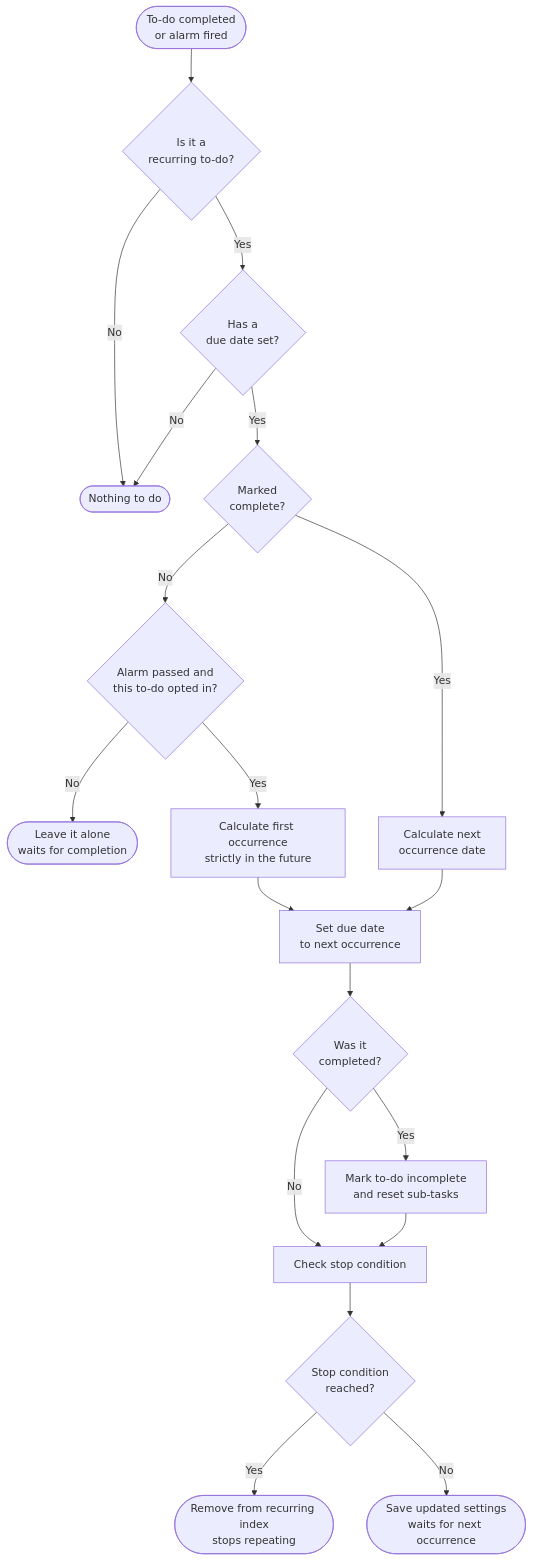
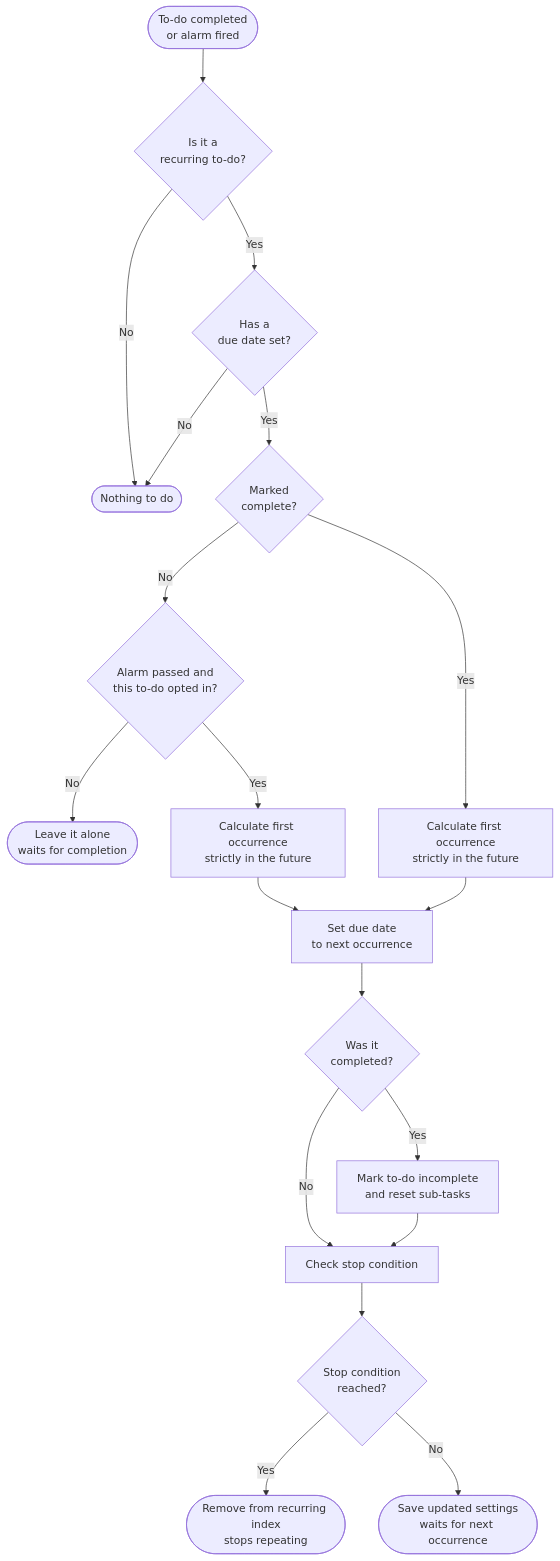
Before and after one commit to TheScriptingGuy/Joplin-Repeating-Todos-Plugin: the first of 4 diagrams in README.md, drawn with Mermaid. The commit also changed other lines of this file and 9 other files, not shown here.

````diff
--- a/README.md
+++ b/README.md
@@ -202,21 +207,21 @@
 ```mermaid
 flowchart TD
     A([To-do completed\nor alarm fired]) --> B{Is it a\nrecurring to-do?}
     B -- No --> C([Nothing to do])
     B -- Yes --> D{Has a\ndue date set?}
     D -- No --> C
     D -- Yes --> Q{Marked\ncomplete?}
     Q -- No --> R{Alarm passed and\nthis to-do opted in?}
     R -- No --> S([Leave it alone\nwaits for completion])
     R -- Yes --> T[Calculate first occurrence\nstrictly in the future]
     T --> F
-    Q -- Yes --> E[Calculate next\noccurrence date]
+    Q -- Yes --> E[Calculate first occurrence\nstrictly in the future]
     E --> F[Set due date\nto next occurrence]
     F --> G{Was it\ncompleted?}
     G -- No --> I[Check stop condition]
     G -- Yes --> H[Mark to-do incomplete\nand reset sub-tasks]
     H --> I
     I --> J{Stop condition\nreached?}
     J -- Yes --> K([Remove from recurring index\nstops repeating])
     J -- No --> L([Save updated settings\nwaits for next occurrence])
 ```
````
